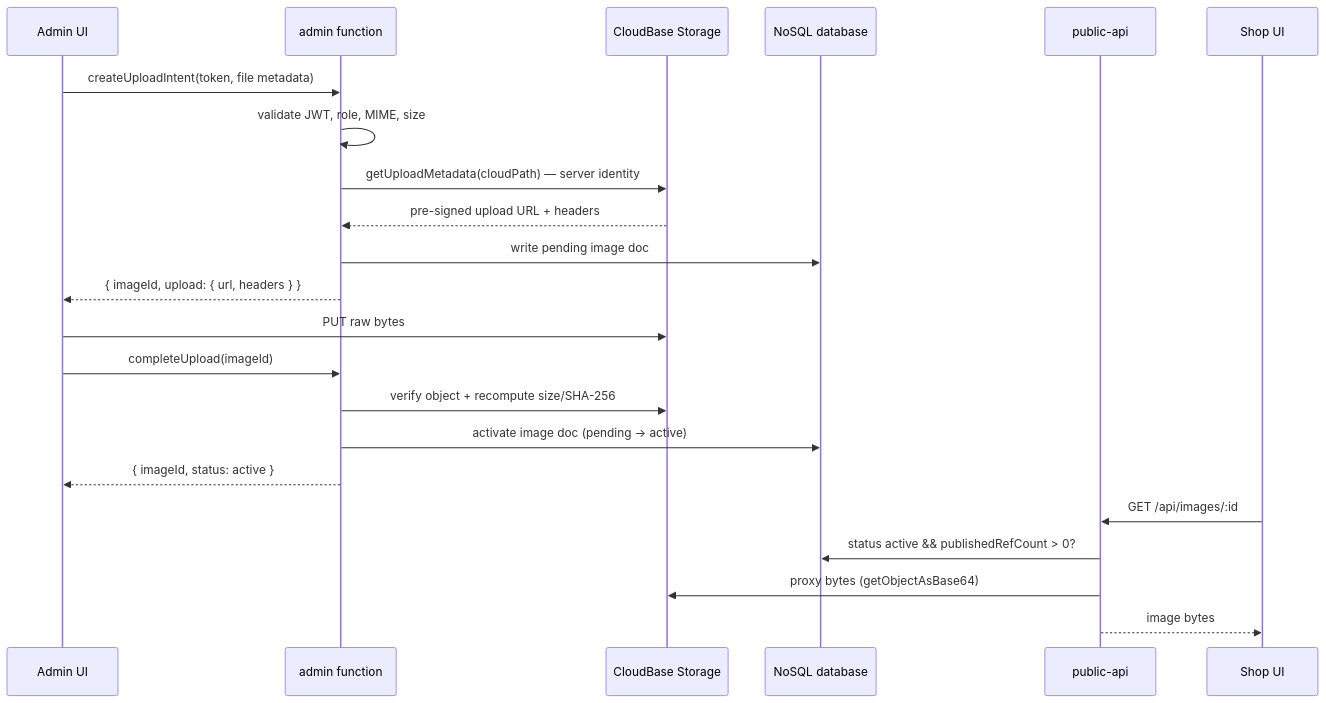
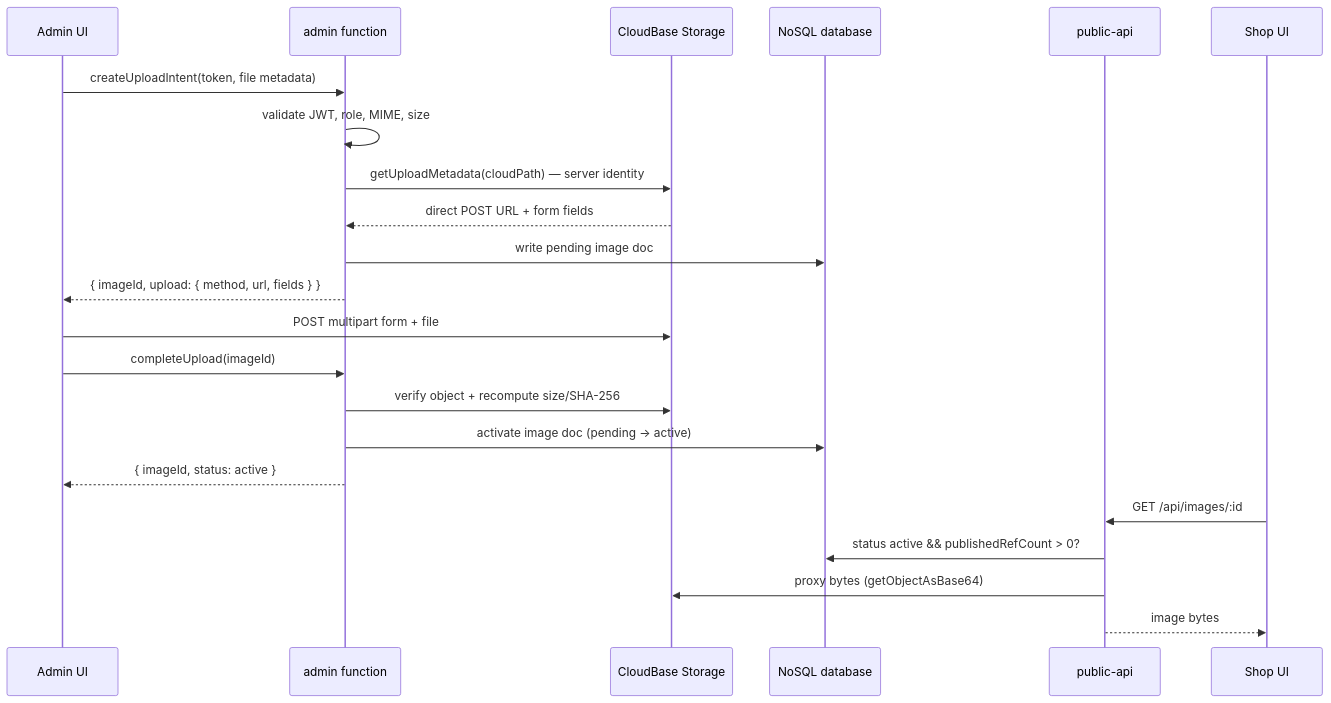
One commit to vibelingan/channel changed the second of 6 diagrams in docs/IMAGE_UPLOAD_STORAGE_DESIGN.md. Above: the diagram before and after it, drawn with Mermaid. The commit also changed other lines of this file and 19 other files, not shown here.

````diff
--- a/docs/IMAGE_UPLOAD_STORAGE_DESIGN.md
+++ b/docs/IMAGE_UPLOAD_STORAGE_DESIGN.md
@@ -218,25 +218,25 @@
 ```mermaid
 sequenceDiagram
   participant UI as Admin UI
   participant Admin as admin function
   participant Storage as CloudBase Storage
   participant DB as NoSQL database
   participant Public as public-api
   participant Shop as Shop UI
 
   UI->>Admin: createUploadIntent(token, file metadata)
   Admin->>Admin: validate JWT, role, MIME, size
   Admin->>Storage: getUploadMetadata(cloudPath) — server identity
-  Storage-->>Admin: pre-signed upload URL + headers
+  Storage-->>Admin: direct POST URL + form fields
   Admin->>DB: write pending image doc
-  Admin-->>UI: { imageId, upload: { url, headers } }
-  UI->>Storage: PUT raw bytes
+  Admin-->>UI: { imageId, upload: { method, url, fields } }
+  UI->>Storage: POST multipart form + file
   UI->>Admin: completeUpload(imageId)
   Admin->>Storage: verify object + recompute size/SHA-256
   Admin->>DB: activate image doc (pending → active)
   Admin-->>UI: { imageId, status: active }
   Shop->>Public: GET /api/images/:id
   Public->>DB: status active && publishedRefCount > 0?
   Public->>Storage: proxy bytes (getObjectAsBase64)
   Public-->>Shop: image bytes
 ```
````
